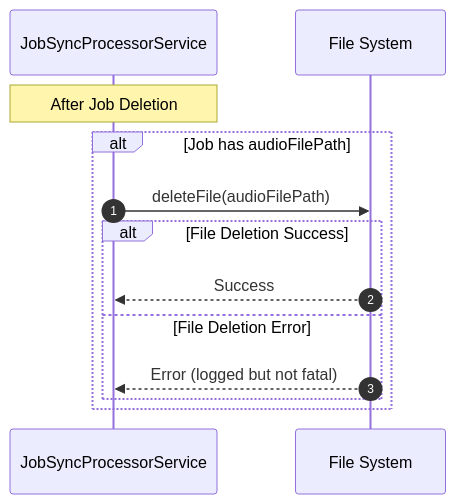
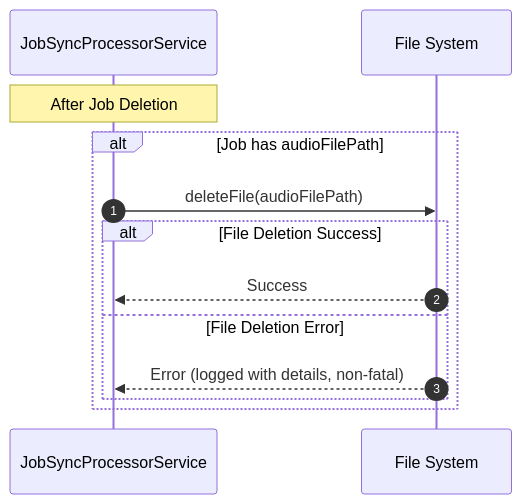
Before and after one commit to MediScribe/docjet-mobile: diagram 11 of 15 in docs/current/job_dataflow.md, drawn with Mermaid. The commit also changed other lines of this file and 3 other files, not shown here.

````diff
--- a/docs/current/job_dataflow.md
+++ b/docs/current/job_dataflow.md
@@ -848,17 +855,17 @@
 ```mermaid
 sequenceDiagram
     autonumber
     participant Processor as JobSyncProcessorService
     participant FileSystem as File System
 
     Note over Processor: After Job Deletion
-    
+
     alt Job has audioFilePath
         Processor->>FileSystem: deleteFile(audioFilePath)
         alt File Deletion Success
             FileSystem-->>Processor: Success
         else File Deletion Error
-            FileSystem-->>Processor: Error (logged but not fatal)
+            FileSystem-->>Processor: Error (logged with details, non-fatal)
         end
     end
 ```
````
